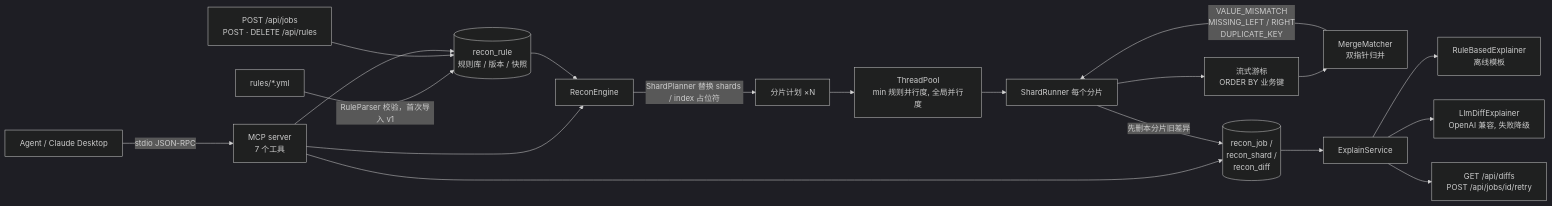
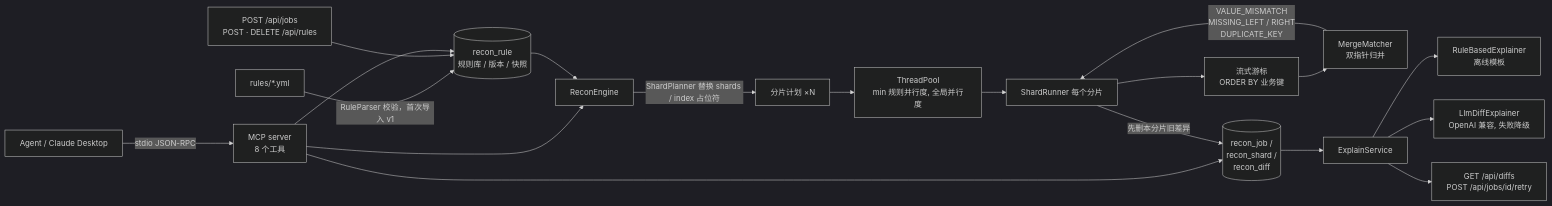
The diagram in README.md (Dolo-w/recon-lens), drawn with Mermaid (dark theme) before and after one commit. The commit also changed other lines of this file and 18 other files, not shown here.

````diff
--- a/README.md
+++ b/README.md
@@ -72,21 +72,21 @@
 ```mermaid
 flowchart LR
     R[rules/*.yml] -->|RuleParser 校验，首次导入 v1| CAT[(recon_rule<br/>规则库 / 版本 / 快照)]
     API[POST /api/jobs<br/>POST · DELETE /api/rules] --> CAT
-    AGENT[Agent / Claude Desktop] -->|stdio JSON-RPC| MCP[MCP server<br/>7 个工具]
+    AGENT[Agent / Claude Desktop] -->|stdio JSON-RPC| MCP[MCP server<br/>8 个工具]
     MCP --> CAT
     MCP --> ENG
     MCP --> DB
     CAT --> ENG[ReconEngine]
     ENG -->|ShardPlanner 替换 shards / index 占位符| SP[分片计划 ×N]
     SP --> POOL[ThreadPool<br/>min 规则并行度, 全局并行度]
     POOL --> RUN[ShardRunner 每个分片]
     RUN -->|先删本分片旧差异| DB[(recon_job /<br/>recon_shard /<br/>recon_diff)]
     RUN --> CUR[流式游标<br/>ORDER BY 业务键]
     CUR --> MM[MergeMatcher<br/>双指针归并]
     MM -->|VALUE_MISMATCH<br/>MISSING_LEFT / RIGHT<br/>DUPLICATE_KEY| RUN
     DB --> EXP[ExplainService]
     EXP --> TPL[RuleBasedExplainer<br/>离线模板]
     EXP --> LLM[LlmDiffExplainer<br/>OpenAI 兼容, 失败降级]
     EXP --> API2[GET /api/diffs<br/>POST /api/jobs/id/retry]
 ```
````
